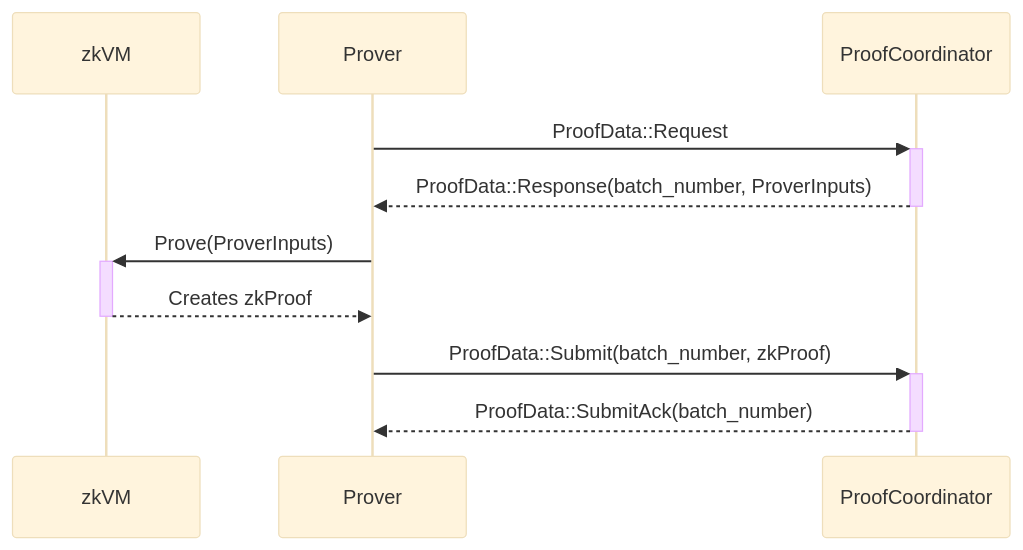
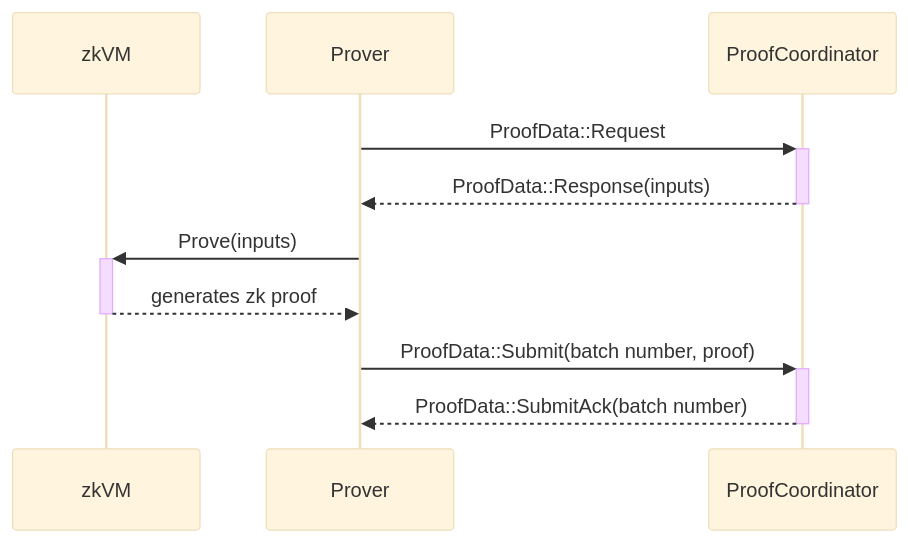
Before and after one commit to lambdaclass/ethrex: the diagram in docs/l2/architecture/prover.md, drawn with Mermaid (base theme). The commit also changed other lines of this file and 7 other files, not shown here.

````diff
--- a/docs/l2/architecture/prover.md
+++ b/docs/l2/architecture/prover.md
@@ -17,12 +13,12 @@
 ```mermaid
 sequenceDiagram
     participant zkVM
     participant Prover
     participant ProofCoordinator
     Prover->>+ProofCoordinator: ProofData::Request
-    ProofCoordinator-->>-Prover: ProofData::Response(batch_number, ProverInputs)
-    Prover->>+zkVM: Prove(ProverInputs)
-    zkVM-->>-Prover: Creates zkProof
-    Prover->>+ProofCoordinator: ProofData::Submit(batch_number, zkProof)
-    ProofCoordinator-->>-Prover: ProofData::SubmitAck(batch_number)
+    ProofCoordinator-->>-Prover: ProofData::Response(inputs)
+    Prover->>+zkVM: Prove(inputs)
+    zkVM-->>-Prover: generates zk proof
+    Prover->>+ProofCoordinator: ProofData::Submit(batch number, proof)
+    ProofCoordinator-->>-Prover: ProofData::SubmitAck(batch number)
 ```
````
